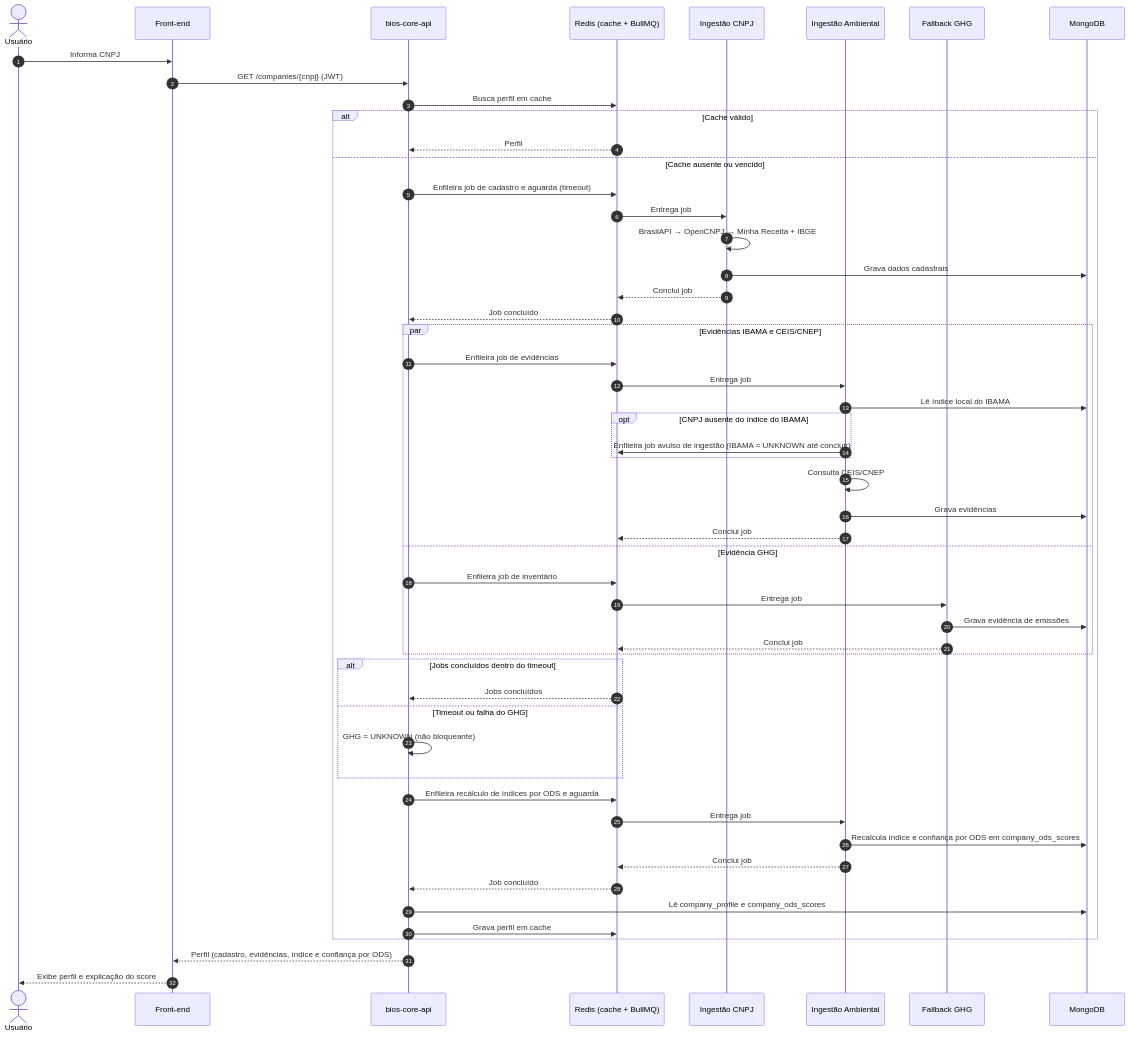
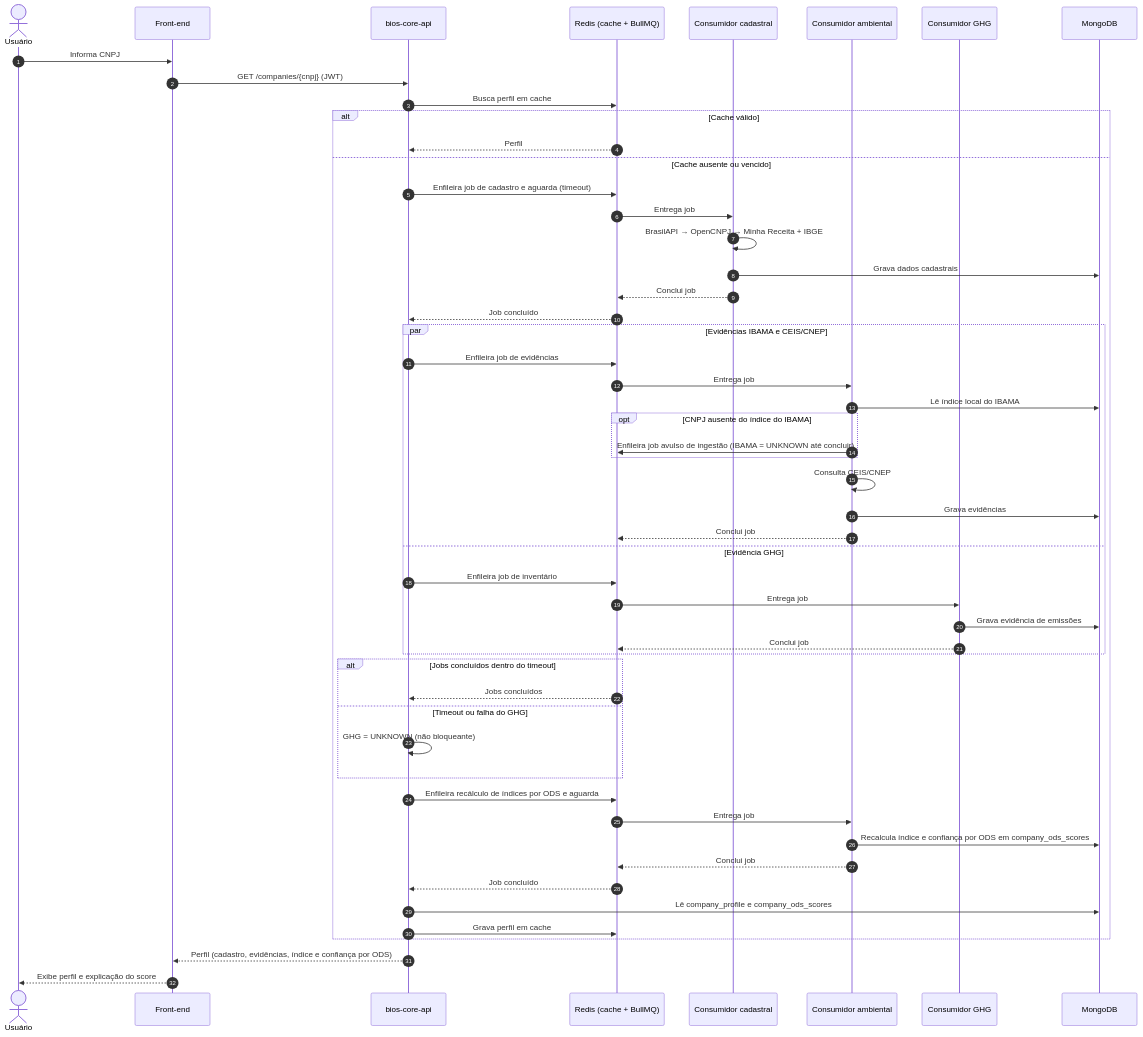
One commit to odavibatista/bios-docs changed the third of 6 diagrams in 08-Artefatos-de-Análise.md. Above: the diagram before and after it, drawn with Mermaid. The commit also changed other lines of this file and 4 other files, not shown here.

````diff
--- a/08-Artefatos-de-Análise.md
+++ b/08-Artefatos-de-Análise.md
@@ -907,56 +910,56 @@
 ```mermaid
 sequenceDiagram
     autonumber
     actor U as Usuário
     participant FE as Front-end
     participant API as bios-core-api
     participant R as Redis (cache + BullMQ)
-    participant CNPJ as Ingestão CNPJ
-    participant AMB as Ingestão Ambiental
-    participant GHG as Fallback GHG
+    participant CNPJ as Consumidor cadastral
+    participant AMB as Consumidor ambiental
+    participant GHG as Consumidor GHG
     participant DB as MongoDB
 
     U->>FE: Informa CNPJ
     FE->>API: GET /companies/{cnpj} (JWT)
     API->>R: Busca perfil em cache
     alt Cache válido
         R-->>API: Perfil
     else Cache ausente ou vencido
         API->>R: Enfileira job de cadastro e aguarda (timeout)
         R->>CNPJ: Entrega job
         CNPJ->>CNPJ: BrasilAPI → OpenCNPJ → Minha Receita + IBGE
         CNPJ->>DB: Grava dados cadastrais
         CNPJ-->>R: Conclui job
         R-->>API: Job concluído
         par Evidências IBAMA e CEIS/CNEP
             API->>R: Enfileira job de evidências
             R->>AMB: Entrega job
             AMB->>DB: Lê índice local do IBAMA
             opt CNPJ ausente do índice do IBAMA
                 AMB->>R: Enfileira job avulso de ingestão (IBAMA = UNKNOWN até concluir)
             end
             AMB->>AMB: Consulta CEIS/CNEP
             AMB->>DB: Grava evidências
             AMB-->>R: Conclui job
         and Evidência GHG
             API->>R: Enfileira job de inventário
             R->>GHG: Entrega job
             GHG->>DB: Grava evidência de emissões
             GHG-->>R: Conclui job
         end
         alt Jobs concluídos dentro do timeout
             R-->>API: Jobs concluídos
         else Timeout ou falha do GHG
             API->>API: GHG = UNKNOWN (não bloqueante)
         end
         API->>R: Enfileira recálculo de índices por ODS e aguarda
         R->>AMB: Entrega job
         AMB->>DB: Recalcula índice e confiança por ODS em company_ods_scores
         AMB-->>R: Conclui job
         R-->>API: Job concluído
         API->>DB: Lê company_profile e company_ods_scores
         API->>R: Grava perfil em cache
     end
     API-->>FE: Perfil (cadastro, evidências, índice e confiança por ODS)
     FE-->>U: Exibe perfil e explicação do score
 ```
````
